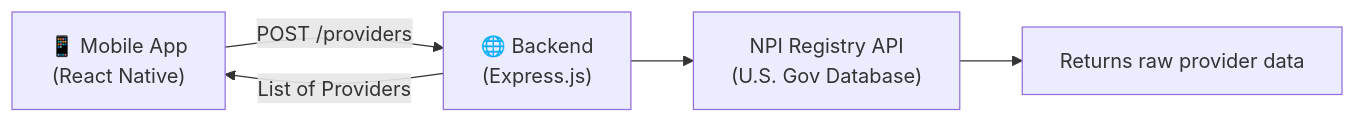
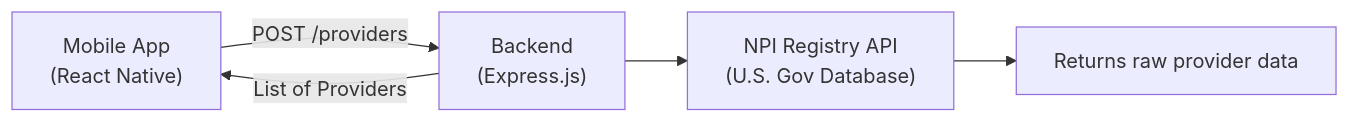
The first of 2 diagrams in README.md (pd52694/healthcare-provider-finder), drawn with Mermaid before and after one commit. The commit also changed other lines of this file, not shown here.

````diff
--- a/README.md
+++ b/README.md
@@ -110,10 +110,10 @@
 ```mermaid
 flowchart LR
-    A["📱 Mobile App
-            (React Native)"] -->|POST /providers| B["🌐 Backend
+    A["Mobile App
+            (React Native)"] -->|POST /providers| B["Backend
                                                         (Express.js)"]
     B -->|List of Providers| A
     B --> C["NPI Registry API
              (U.S. Gov Database)"]
     C --> D["Returns raw provider data"]
 ```
````
